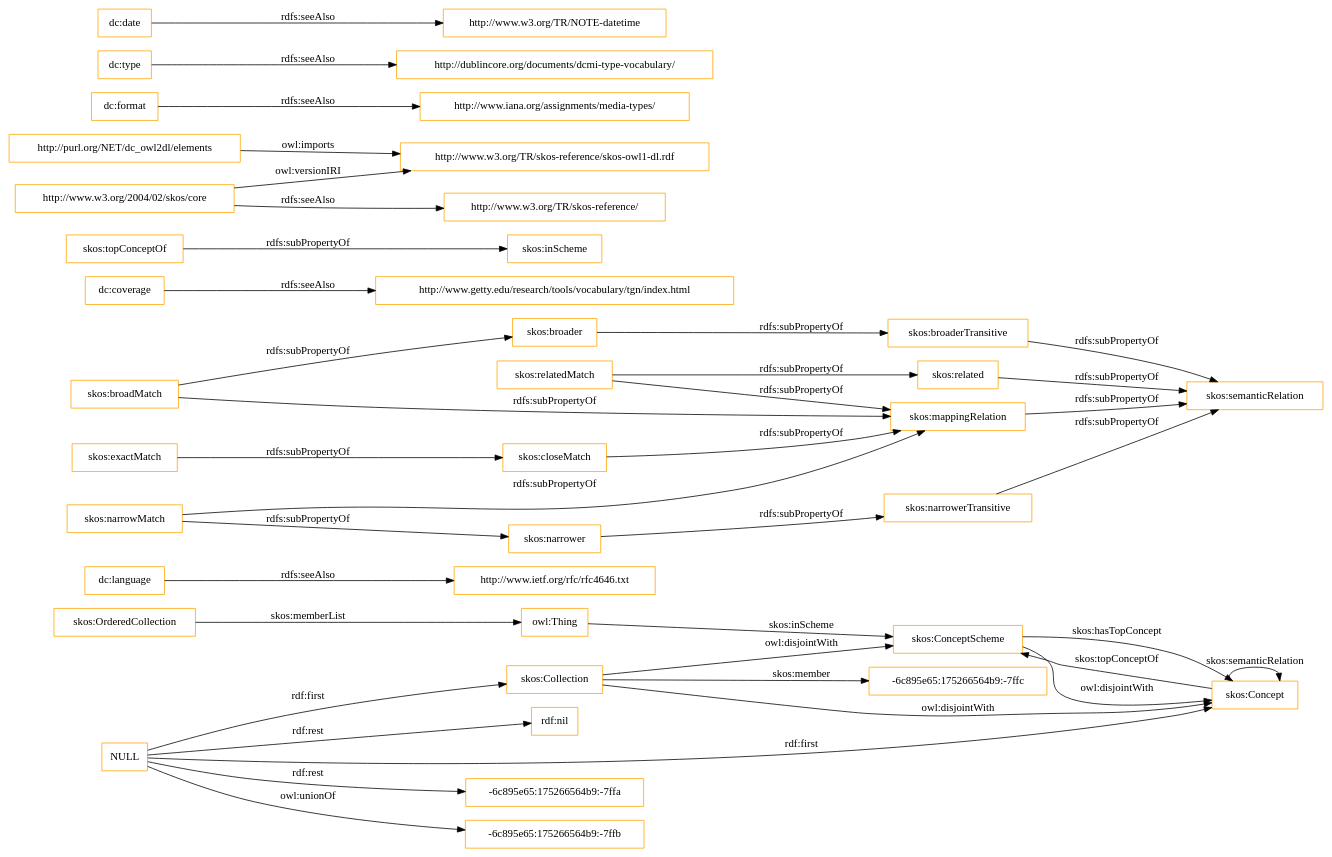
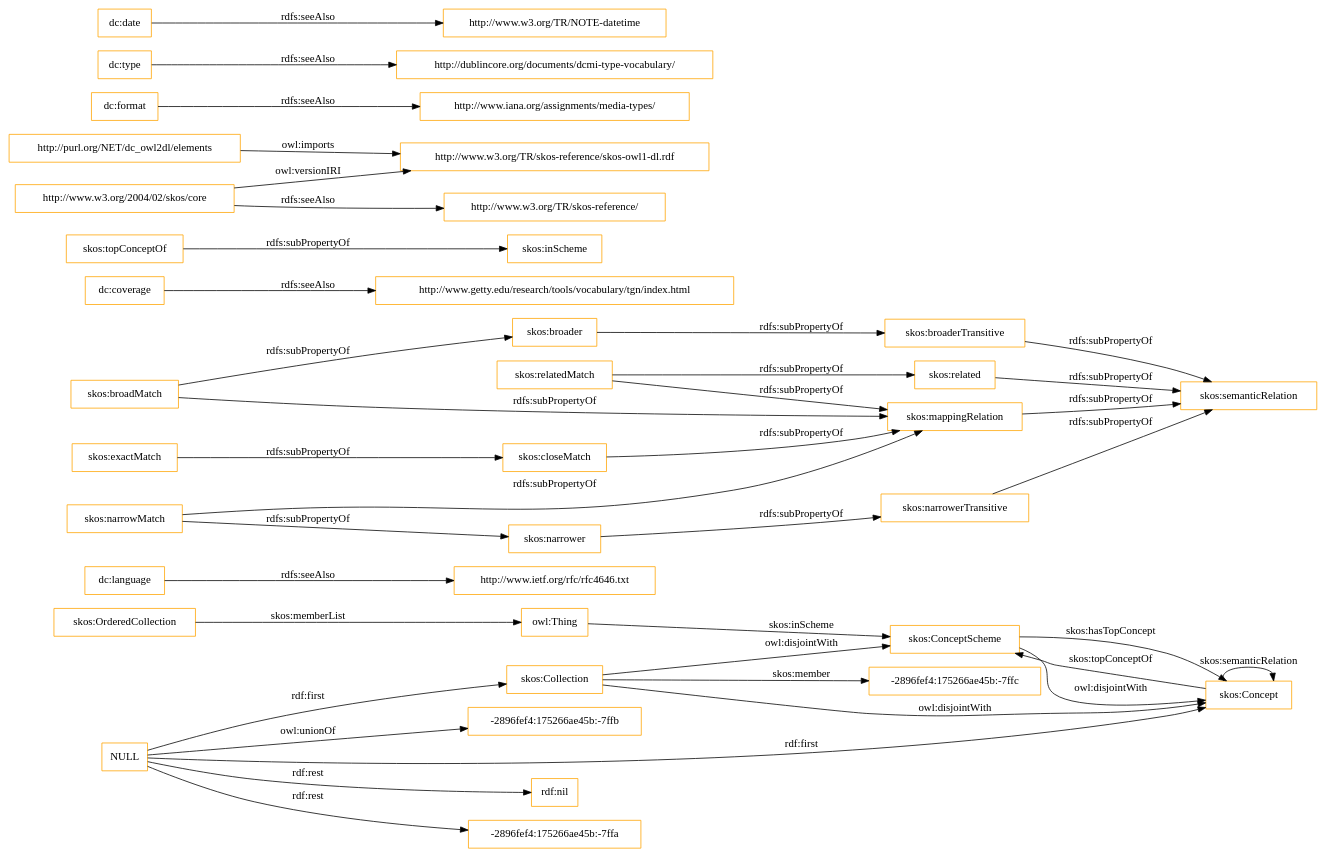
One commit to OnToologyUser/core-ontology-1 changed the diagram in OnToology/imports/elements.owl/diagrams/ar2dtool-class/elements.owl.png.dot. Above: the diagram before and after it, drawn with Graphviz. The commit also changed 14 other files, not shown here.

```diff
--- a/OnToology/imports/elements.owl/diagrams/ar2dtool-class/elements.owl.png.dot
+++ b/OnToology/imports/elements.owl/diagrams/ar2dtool-class/elements.owl.png.dot
@@ -1,43 +1,43 @@
 digraph ar2dtool_diagram { 
 rankdir=LR;
 size="1501"
-node [shape = rectangle, color="orange"]; "-6c895e65:175266564b9:-7ffc" "skos:OrderedCollection" "skos:Collection" "skos:ConceptScheme" "skos:Concept" ; /*classes style*/
+node [shape = rectangle, color="orange"]; "-2896fef4:175266ae45b:-7ffc" "skos:OrderedCollection" "skos:Collection" "skos:ConceptScheme" "skos:Concept" ; /*classes style*/
 	"dc:language" -> "http://www.ietf.org/rfc/rfc4646.txt" [ label = "rdfs:seeAlso" ];
-	"NULL" -> "-6c895e65:175266564b9:-7ffa" [ label = "rdf:rest" ];
-	"NULL" -> "skos:Concept" [ label = "rdf:first" ];
-	"NULL" -> "-6c895e65:175266564b9:-7ffb" [ label = "owl:unionOf" ];
 	"NULL" -> "rdf:nil" [ label = "rdf:rest" ];
 	"NULL" -> "skos:Collection" [ label = "rdf:first" ];
+	"NULL" -> "-2896fef4:175266ae45b:-7ffa" [ label = "rdf:rest" ];
+	"NULL" -> "skos:Concept" [ label = "rdf:first" ];
+	"NULL" -> "-2896fef4:175266ae45b:-7ffb" [ label = "owl:unionOf" ];
 	"skos:closeMatch" -> "skos:mappingRelation" [ label = "rdfs:subPropertyOf" ];
 	"dc:coverage" -> "http://www.getty.edu/research/tools/vocabulary/tgn/index.html" [ label = "rdfs:seeAlso" ];
 	"skos:relatedMatch" -> "skos:related" [ label = "rdfs:subPropertyOf" ];
 	"skos:relatedMatch" -> "skos:mappingRelation" [ label = "rdfs:subPropertyOf" ];
 	"skos:ConceptScheme" -> "skos:Concept" [ label = "owl:disjointWith" ];
 	"skos:related" -> "skos:semanticRelation" [ label = "rdfs:subPropertyOf" ];
 	"skos:topConceptOf" -> "skos:inScheme" [ label = "rdfs:subPropertyOf" ];
 	"skos:broadMatch" -> "skos:broader" [ label = "rdfs:subPropertyOf" ];
 	"skos:broadMatch" -> "skos:mappingRelation" [ label = "rdfs:subPropertyOf" ];
 	"http://purl.org/NET/dc_owl2dl/elements" -> "http://www.w3.org/TR/skos-reference/skos-owl1-dl.rdf" [ label = "owl:imports" ];
 	"skos:exactMatch" -> "skos:closeMatch" [ label = "rdfs:subPropertyOf" ];
 	"dc:format" -> "http://www.iana.org/assignments/media-types/" [ label = "rdfs:seeAlso" ];
 	"skos:broaderTransitive" -> "skos:semanticRelation" [ label = "rdfs:subPropertyOf" ];
 	"dc:type" -> "http://dublincore.org/documents/dcmi-type-vocabulary/" [ label = "rdfs:seeAlso" ];
 	"skos:broader" -> "skos:broaderTransitive" [ label = "rdfs:subPropertyOf" ];
 	"skos:mappingRelation" -> "skos:semanticRelation" [ label = "rdfs:subPropertyOf" ];
 	"http://www.w3.org/2004/02/skos/core" -> "http://www.w3.org/TR/skos-reference/skos-owl1-dl.rdf" [ label = "owl:versionIRI" ];
 	"http://www.w3.org/2004/02/skos/core" -> "http://www.w3.org/TR/skos-reference/" [ label = "rdfs:seeAlso" ];
 	"skos:Collection" -> "skos:ConceptScheme" [ label = "owl:disjointWith" ];
 	"skos:Collection" -> "skos:Concept" [ label = "owl:disjointWith" ];
 	"skos:narrowMatch" -> "skos:narrower" [ label = "rdfs:subPropertyOf" ];
 	"skos:narrowMatch" -> "skos:mappingRelation" [ label = "rdfs:subPropertyOf" ];
 	"skos:narrower" -> "skos:narrowerTransitive" [ label = "rdfs:subPropertyOf" ];
 	"dc:date" -> "http://www.w3.org/TR/NOTE-datetime" [ label = "rdfs:seeAlso" ];
 	"skos:narrowerTransitive" -> "skos:semanticRelation" [ label = "rdfs:subPropertyOf" ];
 	"skos:OrderedCollection" -> "owl:Thing" [ label = "skos:memberList" ];
 	"skos:Concept" -> "skos:ConceptScheme" [ label = "skos:topConceptOf" ];
 	"skos:Concept" -> "skos:Concept" [ label = "skos:semanticRelation" ];
-	"skos:Collection" -> "-6c895e65:175266564b9:-7ffc" [ label = "skos:member" ];
+	"skos:Collection" -> "-2896fef4:175266ae45b:-7ffc" [ label = "skos:member" ];
 	"skos:ConceptScheme" -> "skos:Concept" [ label = "skos:hasTopConcept" ];
 	"owl:Thing" -> "skos:ConceptScheme" [ label = "skos:inScheme" ];
 
 }
```
